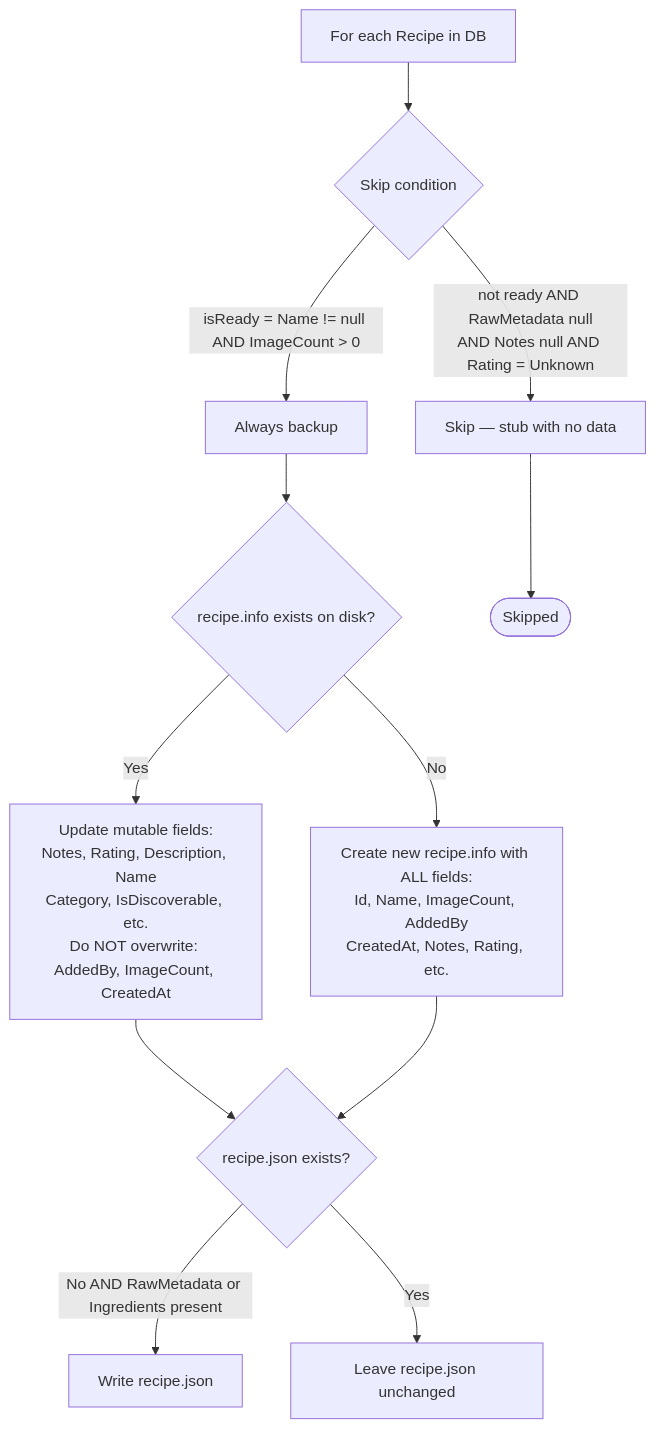
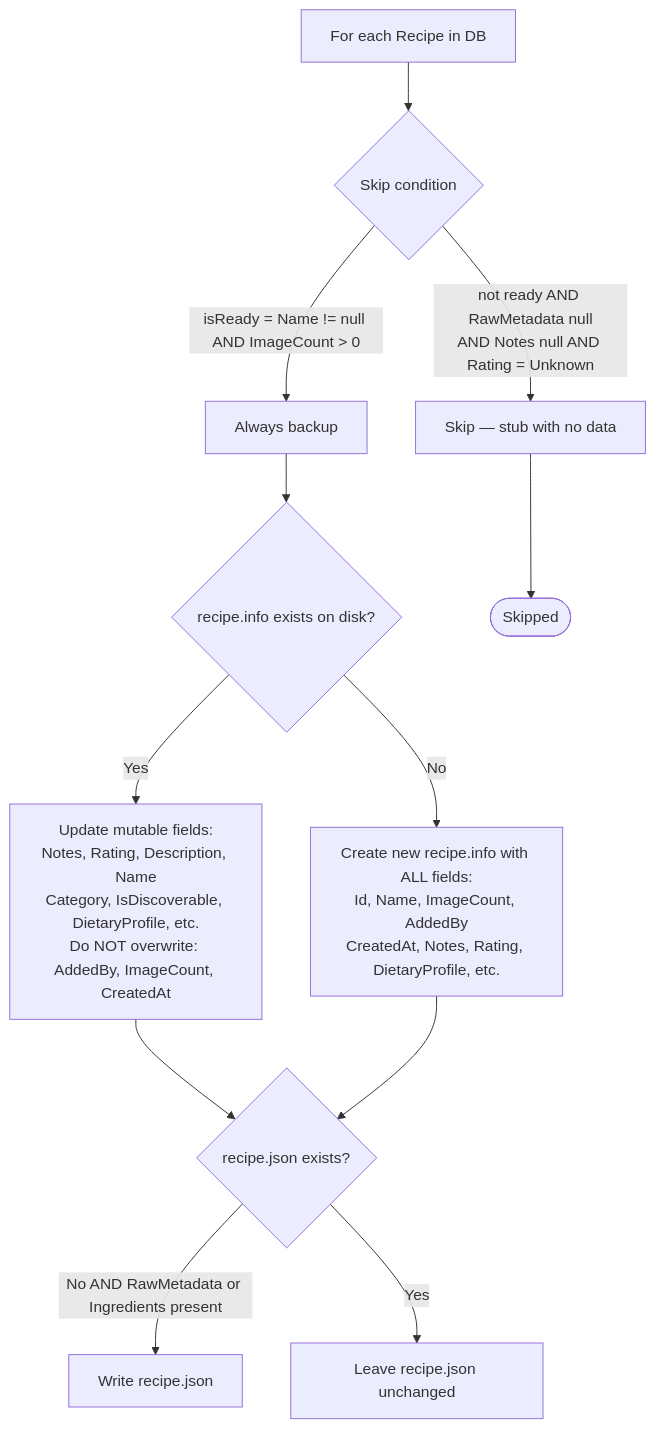
Before and after one commit to AlexandreBrisebois/whats-for-supper: the first of 2 diagrams in docs/flows/data-flows/backup-restore-readiness.md, drawn with Mermaid. The commit also changed other lines of this file and 5 other files, not shown here.

Commit message:
docs: document dietary classification flow, balance indicators, and URL import workflow updates

````diff
--- a/docs/flows/data-flows/backup-restore-readiness.md
+++ b/docs/flows/data-flows/backup-restore-readiness.md
@@ -19,19 +21,19 @@
 ```mermaid
 flowchart TD
     A[For each Recipe in DB] --> B{Skip condition}
 
     B -->|isReady = Name != null AND ImageCount > 0| C[Always backup]
     B -->|not ready AND RawMetadata null\nAND Notes null AND Rating = Unknown| D[Skip — stub with no data]
 
     C --> E{recipe.info exists on disk?}
     D --> Z([Skipped])
 
-    E -->|Yes| F[Update mutable fields:\nNotes, Rating, Description, Name\nCategory, IsDiscoverable, etc.\nDo NOT overwrite: AddedBy, ImageCount, CreatedAt]
-    E -->|No| G[Create new recipe.info with ALL fields:\nId, Name, ImageCount, AddedBy\nCreatedAt, Notes, Rating, etc.]
+    E -->|Yes| F[Update mutable fields:\nNotes, Rating, Description, Name\nCategory, IsDiscoverable, DietaryProfile, etc.\nDo NOT overwrite: AddedBy, ImageCount, CreatedAt]
+    E -->|No| G[Create new recipe.info with ALL fields:\nId, Name, ImageCount, AddedBy\nCreatedAt, Notes, Rating, DietaryProfile, etc.]
 
     F --> H{recipe.json exists?}
     G --> H
 
     H -->|No AND RawMetadata or Ingredients present| I[Write recipe.json]
     H -->|Yes| J[Leave recipe.json unchanged]
 ```
````
